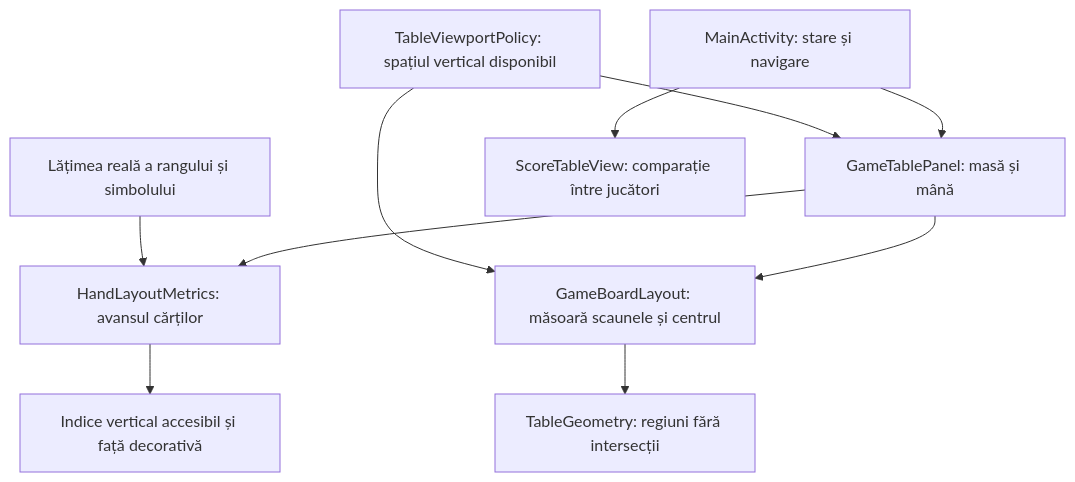
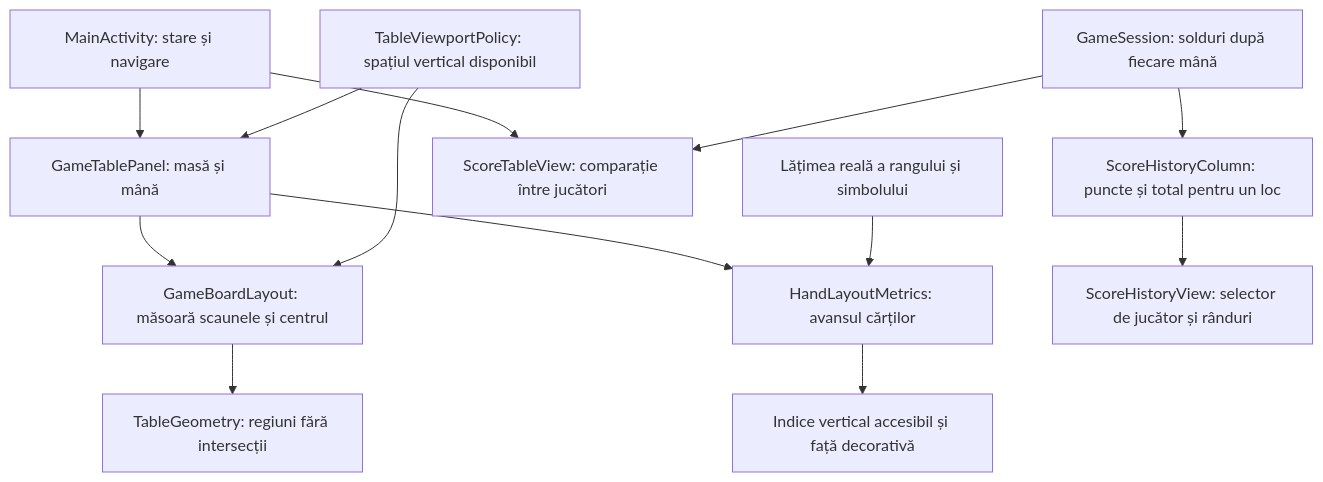
Before and after one commit to crististefanita/atf_j4: the diagram in whist-lab-app/app/src/main/java/ro/whistlab/app/README.md, drawn with Mermaid. The commit also changed other lines of this file and 17 other files, not shown here.

````diff
--- a/whist-lab-app/app/src/main/java/ro/whistlab/app/README.md
+++ b/whist-lab-app/app/src/main/java/ro/whistlab/app/README.md
@@ -9,12 +9,15 @@
 ```mermaid
 flowchart TD
     A[MainActivity: stare și navigare] --> B[GameTablePanel: masă și mână]
     B --> C[GameBoardLayout: măsoară scaunele și centrul]
     C --> D[TableGeometry: regiuni fără intersecții]
     E[TableViewportPolicy: spațiul vertical disponibil] --> C
     E --> B
     B --> F[HandLayoutMetrics: avansul cărților]
     G[Lățimea reală a rangului și simbolului] --> F
     F --> H[Indice vertical accesibil și față decorativă]
     A --> I[ScoreTableView: comparație între jucători]
+    J[GameSession: solduri după fiecare mână] --> I
+    J --> K[ScoreHistoryColumn: puncte și total pentru un loc]
+    K --> L[ScoreHistoryView: selector de jucător și rânduri]
 ```
````
